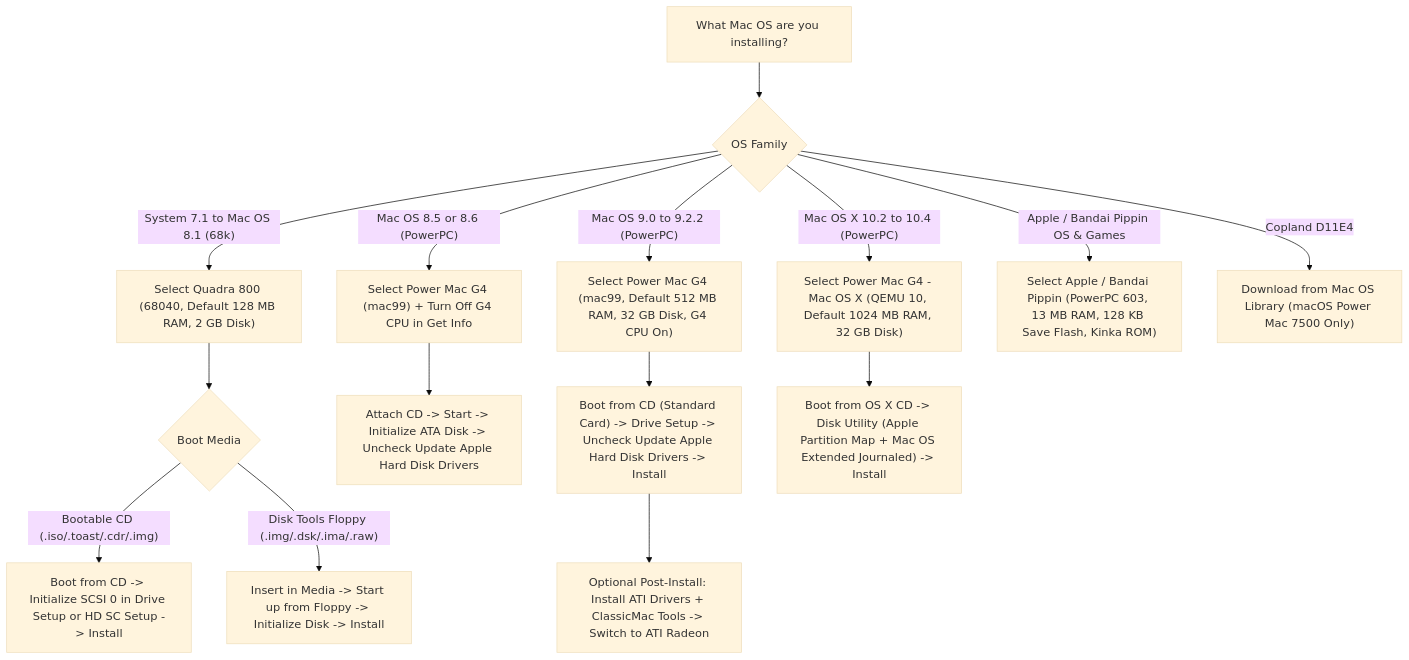
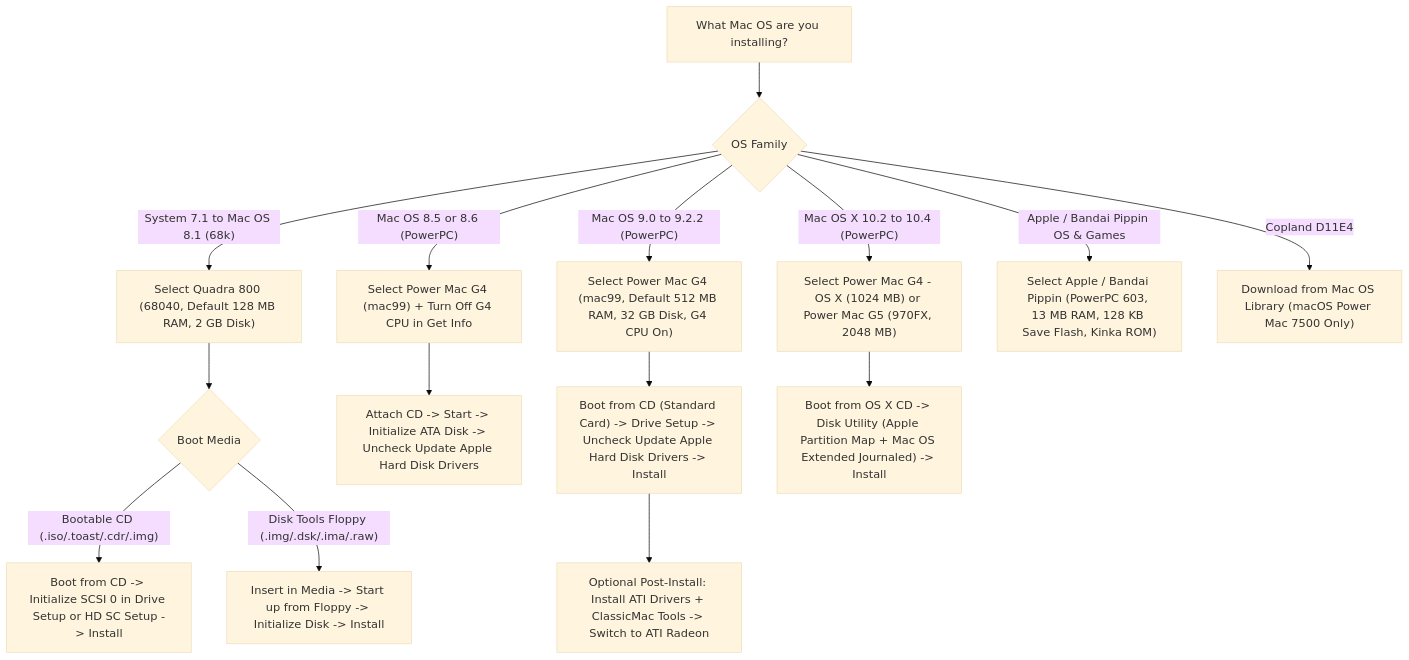
One commit to amcchord/ClassicMac changed the diagram in docs/manual/05-installing-your-own-mac-os.md. Above: the diagram before and after it, drawn with Mermaid (base theme). The commit also changed other lines of this file and 72 other files, not shown here.

Commit message:
ClassicMac 5.1.0: Power Mac G5 support

````diff
--- a/docs/manual/05-installing-your-own-mac-os.md
+++ b/docs/manual/05-installing-your-own-mac-os.md
@@ -15,19 +15,19 @@
 ```mermaid
 flowchart TD
     START["What Mac OS are you installing?"] --> Q1{"OS Family"}
     Q1 -->|"System 7.1 to Mac OS 8.1 (68k)"| Q800["Select Quadra 800 (68040, Default 128 MB RAM, 2 GB Disk)"]
     Q1 -->|"Mac OS 8.5 or 8.6 (PowerPC)"| PM86["Select Power Mac G4 (mac99) + Turn Off G4 CPU in Get Info"]
     Q1 -->|"Mac OS 9.0 to 9.2.2 (PowerPC)"| PM9["Select Power Mac G4 (mac99, Default 512 MB RAM, 32 GB Disk, G4 CPU On)"]
-    Q1 -->|"Mac OS X 10.2 to 10.4 (PowerPC)"| PMX["Select Power Mac G4 - Mac OS X (QEMU 10, Default 1024 MB RAM, 32 GB Disk)"]
+    Q1 -->|"Mac OS X 10.2 to 10.4 (PowerPC)"| PMX["Select Power Mac G4 - OS X (1024 MB) or Power Mac G5 (970FX, 2048 MB)"]
     Q1 -->|"Apple / Bandai Pippin OS & Games"| PIP["Select Apple / Bandai Pippin (PowerPC 603, 13 MB RAM, 128 KB Save Flash, Kinka ROM)"]
     Q1 -->|"Copland D11E4"| COP["Download from Mac OS Library (macOS Power Mac 7500 Only)"]
 
     Q800 --> QBOOT{"Boot Media"}
     QBOOT -->|"Bootable CD (.iso/.toast/.cdr/.img)"| QPROC["Boot from CD -> Initialize SCSI 0 in Drive Setup or HD SC Setup -> Install"]
     QBOOT -->|"Disk Tools Floppy (.img/.dsk/.ima/.raw)"| QFLOP["Insert in Media -> Start up from Floppy -> Initialize Disk -> Install"]
 
     PM86 --> P86BOOT["Attach CD -> Start -> Initialize ATA Disk -> Uncheck Update Apple Hard Disk Drivers"]
     PM9 --> P9BOOT["Boot from CD (Standard Card) -> Drive Setup -> Uncheck Update Apple Hard Disk Drivers -> Install"]
     P9BOOT --> ATI["Optional Post-Install: Install ATI Drivers + ClassicMac Tools -> Switch to ATI Radeon"]
     PMX --> PXBOOT["Boot from OS X CD -> Disk Utility (Apple Partition Map + Mac OS Extended Journaled) -> Install"]
 ```
````
